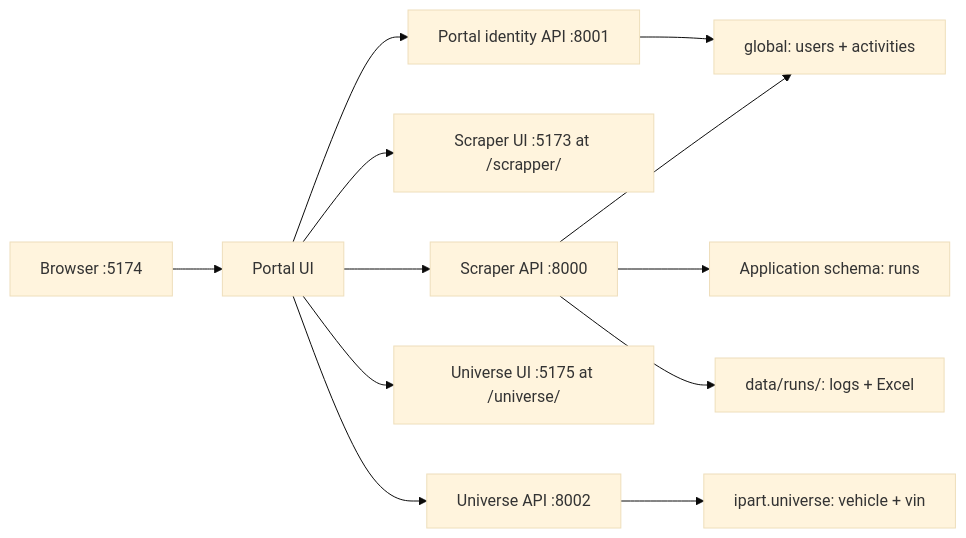
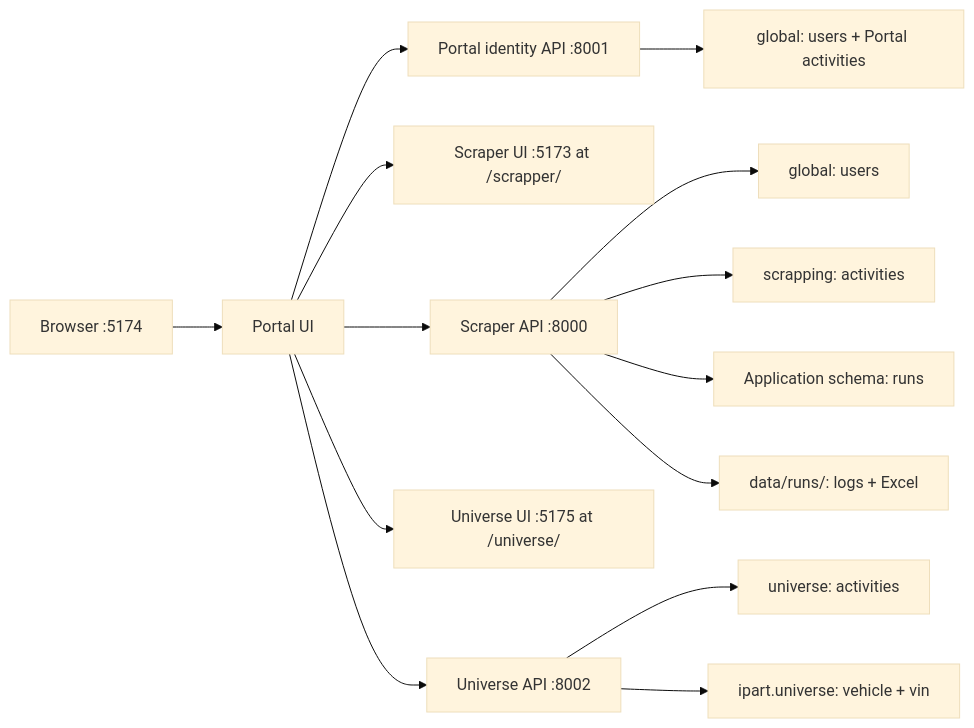
Before and after one commit to elfanikp-netizen/ipart-cms: the diagram in README.md, drawn with Mermaid (base theme). The commit also changed other lines of this file and 46 other files, not shown here.

````diff
--- a/README.md
+++ b/README.md
@@ -24,14 +24,16 @@
 ```mermaid
 flowchart LR
     Browser["Browser :5174"] --> Portal["Portal UI"]
     Portal --> Identity["Portal identity API :8001"]
     Portal --> ScraperUI["Scraper UI :5173 at /scrapper/"]
     Portal --> ScraperAPI["Scraper API :8000"]
     Portal --> UniverseUI["Universe UI :5175 at /universe/"]
     Portal --> UniverseAPI["Universe API :8002"]
-    Identity --> Global["global: users + activities"]
-    ScraperAPI --> Global
+    Identity --> Global["global: users + Portal activities"]
+    ScraperAPI --> GlobalUsers["global: users"]
+    ScraperAPI --> ScraperActivity["scrapping: activities"]
+    UniverseAPI --> UniverseActivity["universe: activities"]
     ScraperAPI --> Runs["Application schema: runs"]
     ScraperAPI --> Files["data/runs/<id>: logs + Excel"]
     UniverseAPI --> UniverseDB["ipart.universe: vehicle + vin"]
 ```
````
